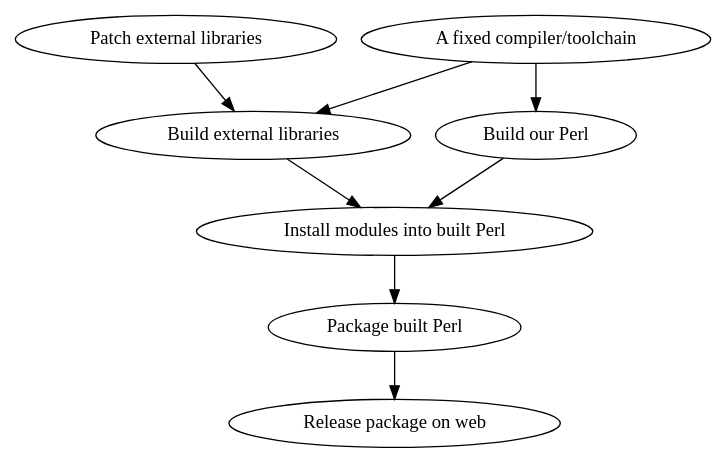
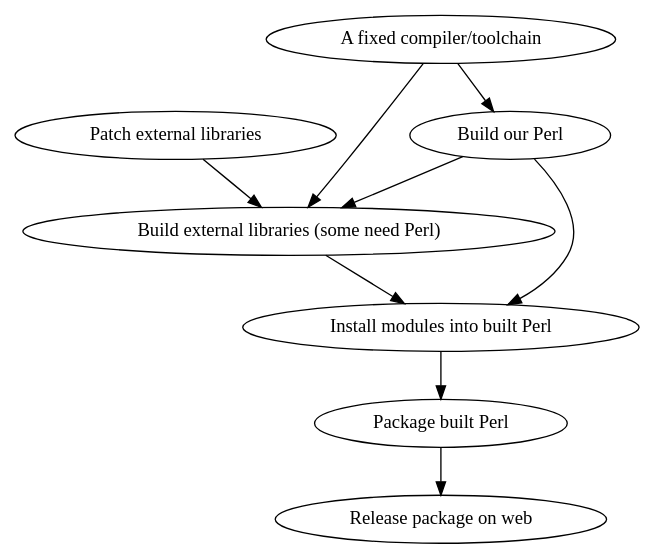
The diagram in spbuild.dot (StrawberryPerl/spbuild), drawn with Graphviz before and after one commit. The commit also changed 1 other file, not shown here.

Commit message:
show some external libs need Perl

```diff
--- a/spbuild.dot
+++ b/spbuild.dot
@@ -1,17 +1,18 @@
 digraph spbuild {
   extlibpatch [label="Patch external libraries"];
   pinnedcompiler [label="A fixed compiler/toolchain"];
   perlbuild [label="Build our Perl"];
-  extlibbuild [label="Build external libraries"];
+  extlibbuild [label="Build external libraries (some need Perl)"];
   perlmodinstall [label="Install modules into built Perl"];
   perlpackage [label="Package built Perl"];
   perlrelease [label="Release package on web"];
 
   extlibpatch -> extlibbuild;
   pinnedcompiler -> extlibbuild;
   pinnedcompiler -> perlbuild;
+  perlbuild -> extlibbuild;
   extlibbuild -> perlmodinstall;
   perlbuild -> perlmodinstall;
   perlmodinstall -> perlpackage;
   perlpackage -> perlrelease;
 }
```
